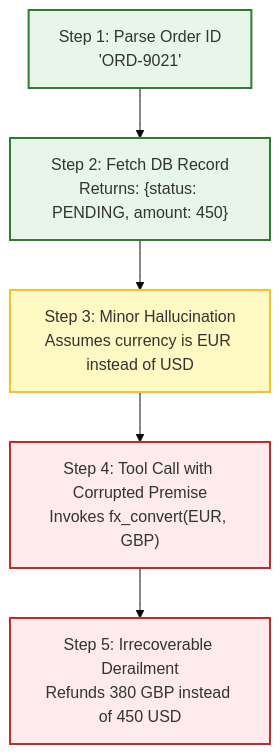
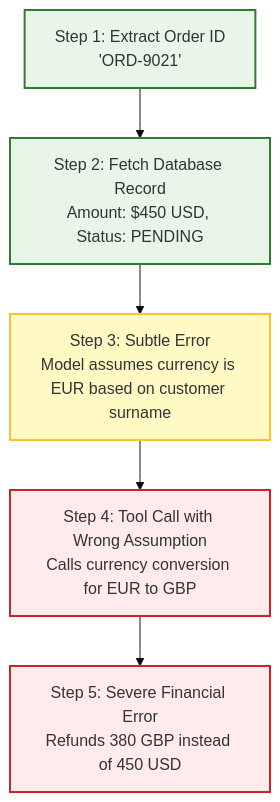
The third of 8 diagrams in 04-agentic-systems-and-orchestration/01-workflows-vs-agents-and-orchestration-patterns.md (dip4k/senior-engineer-to-ai-engineer-roadmap), drawn with Mermaid (base theme) before and after one commit. The commit also changed other lines of this file and 11 other files, not shown here.

````diff
--- a/04-agentic-systems-and-orchestration/01-workflows-vs-agents-and-orchestration-patterns.md
+++ b/04-agentic-systems-and-orchestration/01-workflows-vs-agents-and-orchestration-patterns.md
@@ -142,14 +137,14 @@
 ```mermaid
 flowchart TD
-    classDef clean fill:#e8f5e9,stroke:#2e7d32,stroke-width:2px;
-    classDef minor fill:#fff9c4,stroke:#fbc02d,stroke-width:2px;
-    classDef severe fill:#ffebee,stroke:#c62828,stroke-width:2px;
+    classDef ok fill:#e8f5e9,stroke:#2e7d32,stroke-width:2px;
+    classDef warn fill:#fff9c4,stroke:#fbc02d,stroke-width:2px;
+    classDef bad fill:#ffebee,stroke:#c62828,stroke-width:2px;
 
-    S1["Step 1: Parse Order ID\n'ORD-9021'"]:::clean
-    S2["Step 2: Fetch DB Record\nReturns: {status: PENDING, amount: 450}"]:::clean
-    S3["Step 3: Minor Hallucination\nAssumes currency is EUR instead of USD"]:::minor
-    S4["Step 4: Tool Call with Corrupted Premise\nInvokes fx_convert(EUR, GBP)"]:::severe
-    S5["Step 5: Irrecoverable Derailment\nRefunds 380 GBP instead of 450 USD"]:::severe
+    S1["Step 1: Extract Order ID\n'ORD-9021'"]:::ok
+    S2["Step 2: Fetch Database Record\nAmount: $450 USD, Status: PENDING"]:::ok
+    S3["Step 3: Subtle Error\nModel assumes currency is EUR based on customer surname"]:::warn
+    S4["Step 4: Tool Call with Wrong Assumption\nCalls currency conversion for EUR to GBP"]:::bad
+    S5["Step 5: Severe Financial Error\nRefunds 380 GBP instead of 450 USD"]:::bad
 
     S1 --> S2 --> S3 --> S4 --> S5
 ```
````
